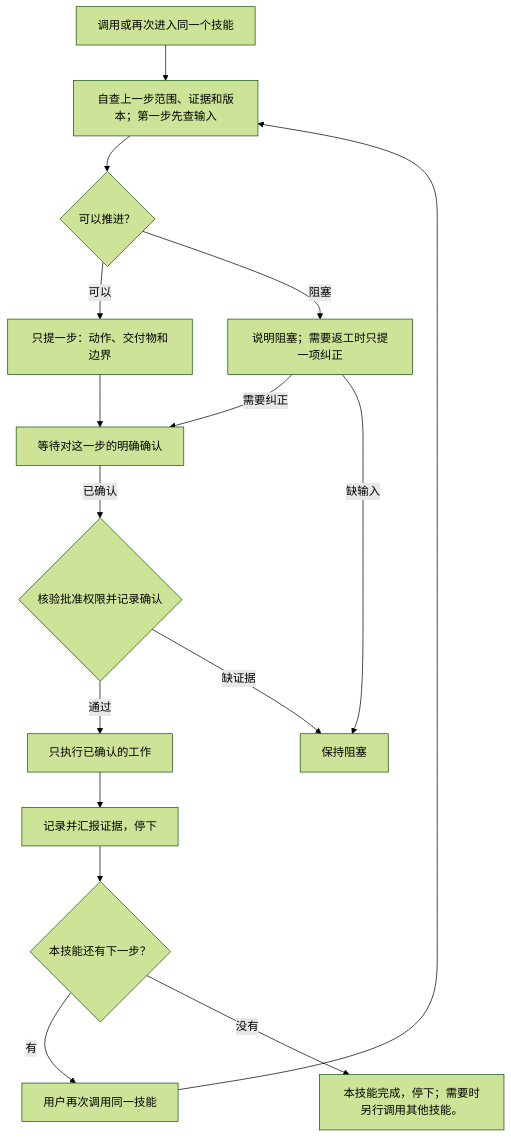
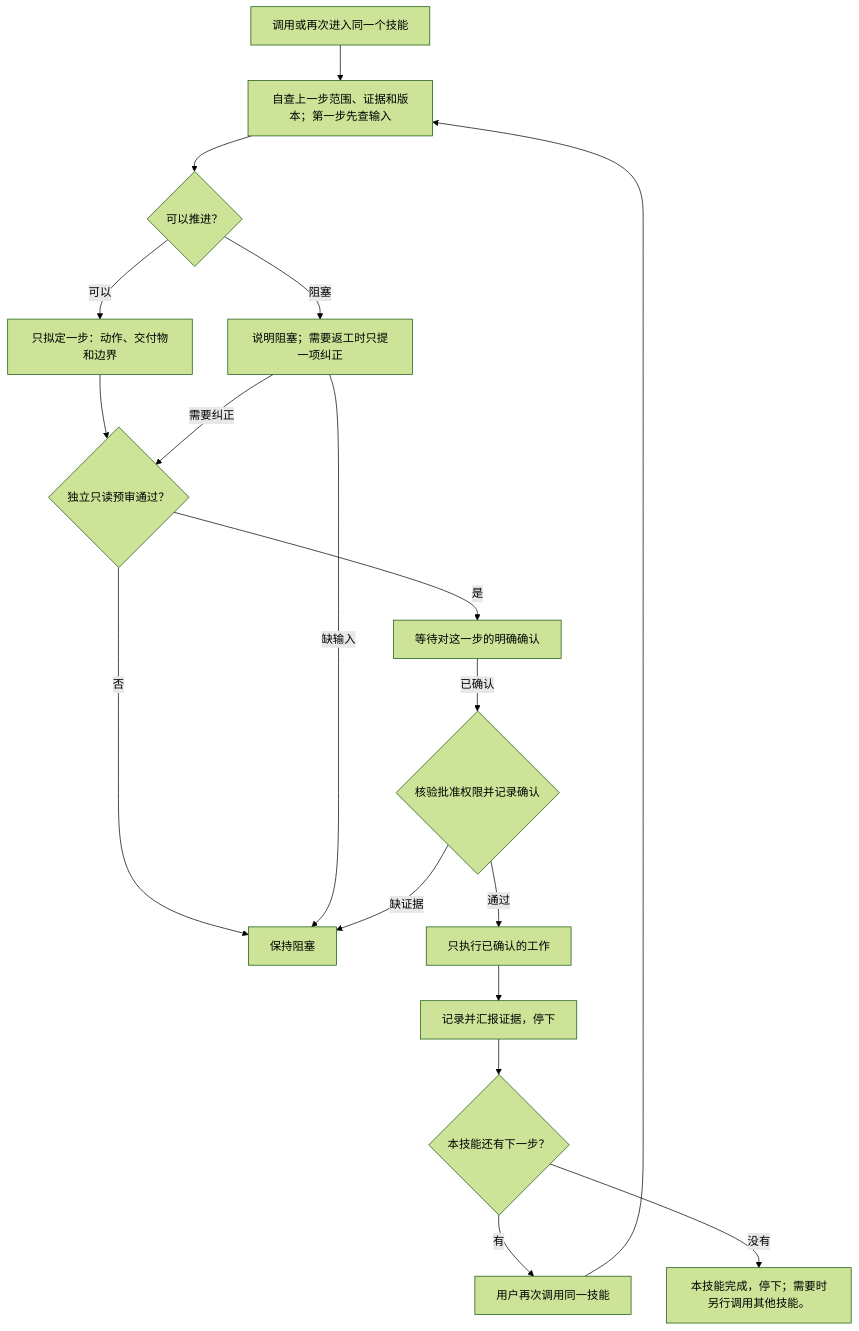
One commit to cl920401/lets-grunt changed the diagram in README.zh-CN.md. Above: the diagram before and after it, drawn with Mermaid (forest theme). The commit also changed other lines of this file and 13 other files, not shown here.

````diff
--- a/README.zh-CN.md
+++ b/README.zh-CN.md
@@ -25,18 +29,20 @@
 ```mermaid
 flowchart TD
     A["调用或再次进入同一个技能"] --> B["自查上一步范围、证据和版本；第一步先查输入"]
     B --> C{"可以推进？"}
-    C -->|"可以"| D["只提一步：动作、交付物和边界"]
+    C -->|"可以"| D["只拟定一步：动作、交付物和边界"]
     C -->|"阻塞"| E["说明阻塞；需要返工时只提一项纠正"]
-    D --> F["等待对这一步的明确确认"]
-    E -->|"需要纠正"| F
+    D --> R{"独立只读预审通过？"}
+    R -->|"否"| G
+    R -->|"是"| F["等待对这一步的明确确认"]
+    E -->|"需要纠正"| R
     E -->|"缺输入"| G["保持阻塞"]
     F -->|"已确认"| K{"核验批准权限并记录确认"}
     K -->|"通过"| H["只执行已确认的工作"]
     K -->|"缺证据"| G
     H --> I["记录并汇报证据，停下"]
     I --> L{"本技能还有下一步？"}
     L -->|"有"| J["用户再次调用同一技能"]
     J --> B
     L -->|"没有"| M["本技能完成，停下；需要时另行调用其他技能。"]
 ```
````
